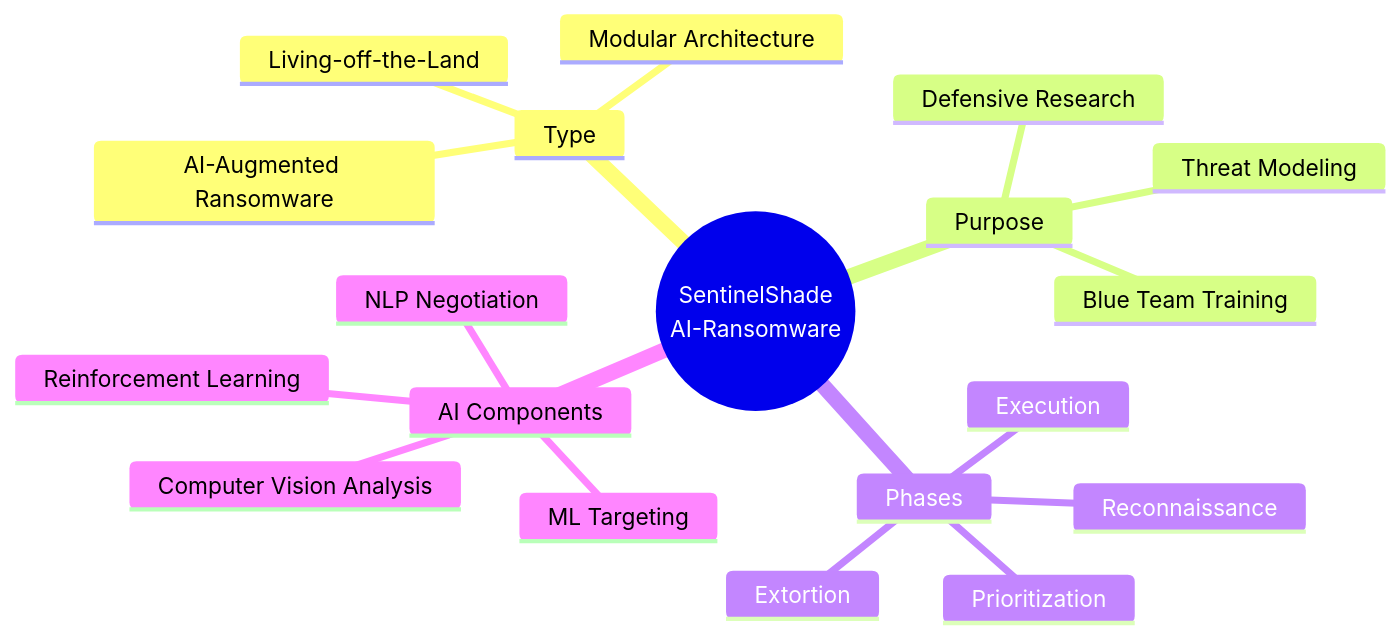
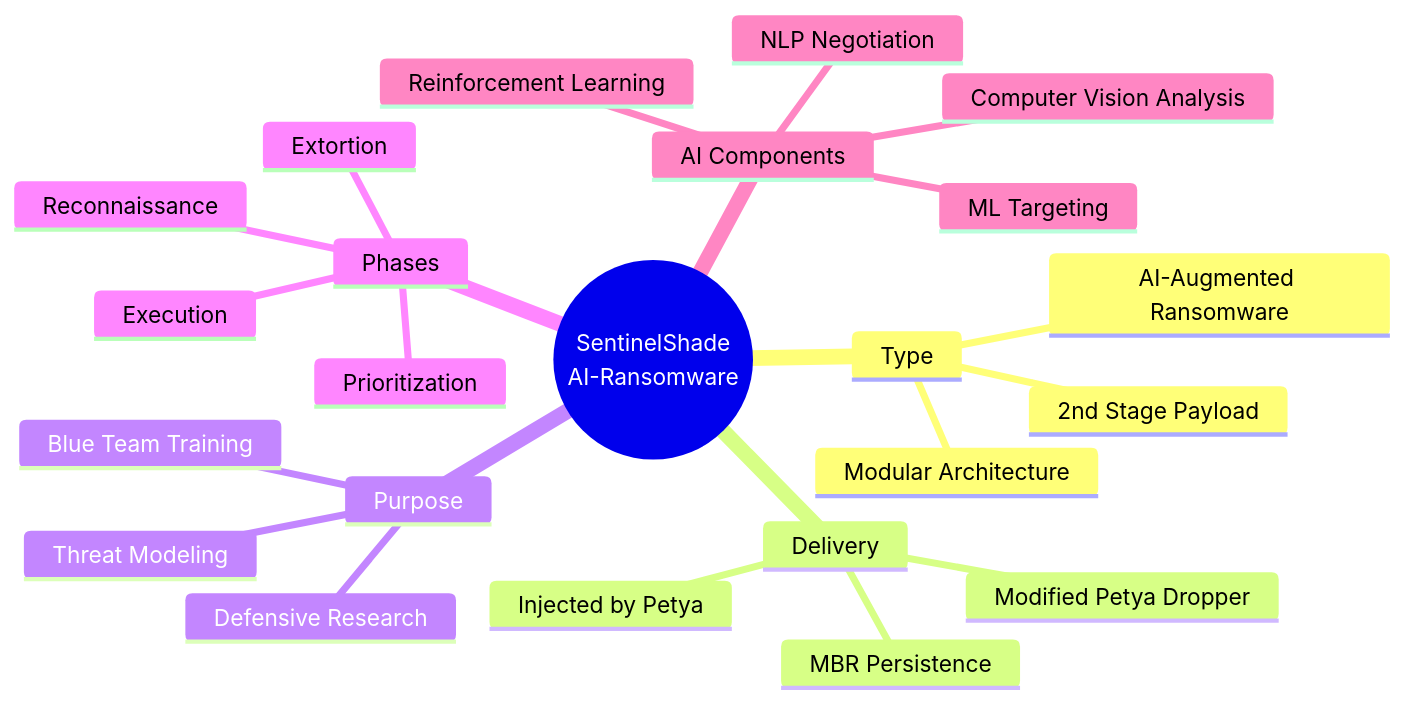
One commit to Insider77Circle/Sentinel-Strike changed the second of 10 diagrams in Readme.md. Above: the diagram before and after it, drawn with Mermaid. The commit also changed other lines of this file, not shown here.

````diff
--- a/Readme.md
+++ b/Readme.md
@@ -139,22 +139,26 @@
 ```mermaid
 mindmap
   root((SentinelShade<br/>AI-Ransomware))
     Type
+      2nd Stage Payload
       AI-Augmented Ransomware
       Modular Architecture
-      Living-off-the-Land
+    Delivery
+      Injected by Petya
+      Modified Petya Dropper
+      MBR Persistence
     Purpose
       Threat Modeling
       Defensive Research
       Blue Team Training
     Phases
       Reconnaissance
       Prioritization
       Execution
       Extortion
     AI Components
       ML Targeting
       NLP Negotiation
       Computer Vision Analysis
       Reinforcement Learning
 ```
````
